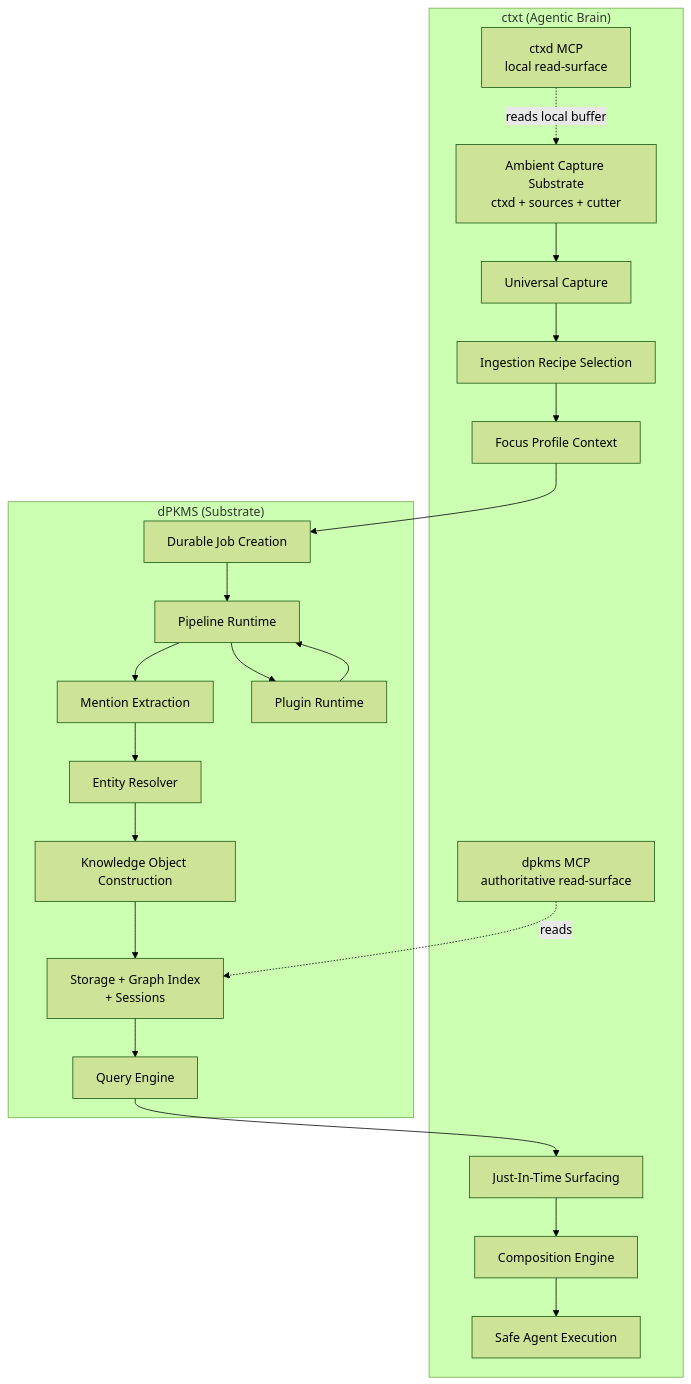
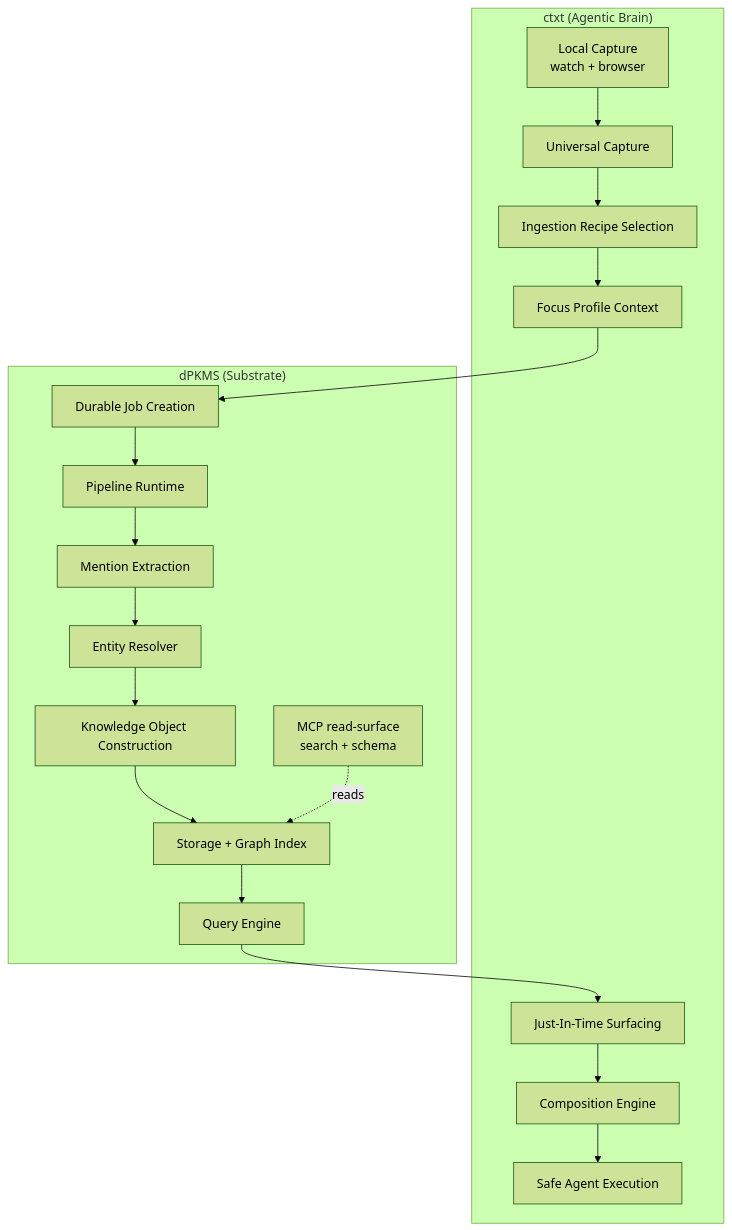
One commit to ContextHelp/ContextHelp changed the first of 5 diagrams in docs/architecture.md. Above: the diagram before and after it, drawn with Mermaid (forest theme). The commit also changed other lines of this file and 4 other files, not shown here.

First line of the commit message:
docs(plugins): describe plugin layer as unwired in plugins.md, design and architecture

````diff
--- a/docs/architecture.md
+++ b/docs/architecture.md
@@ -61,39 +58,34 @@
 ```mermaid
 flowchart TD
     subgraph ctxt["ctxt (Agentic Brain)"]
         A[Universal Capture] --> B[Ingestion Recipe Selection]
         B --> C[Focus Profile Context]
-        AMB[Ambient Capture Substrate<br/>ctxd + sources + cutter] --> A
-        MCP_L[ctxd MCP<br/>local read-surface]
+        W[Local Capture<br/>watch + browser] --> A
         K[Just-In-Time Surfacing]
         L[Composition Engine]
         M[Safe Agent Execution]
-        MCP_D[dpkms MCP<br/>authoritative read-surface]
     end
 
     subgraph dPKMS["dPKMS (Substrate)"]
         D[Durable Job Creation]
         E[Pipeline Runtime]
         F[Mention Extraction]
         G[Entity Resolver]
         H[Knowledge Object Construction]
-        I[Storage + Graph Index<br/>+ Sessions]
+        I[Storage + Graph Index]
+        MCP_D[MCP read-surface<br/>search + schema]
         J[Query Engine]
-        N[Plugin Runtime]
     end
 
     C --> D
     D --> E
     E --> F
     F --> G
     G --> H
     H --> I
     I --> J
     J --> K
     K --> L
     L --> M
-    E --> N
-    N --> E
     MCP_D -.->|reads| I
-    MCP_L -.->|reads local buffer| AMB
 ```
````
